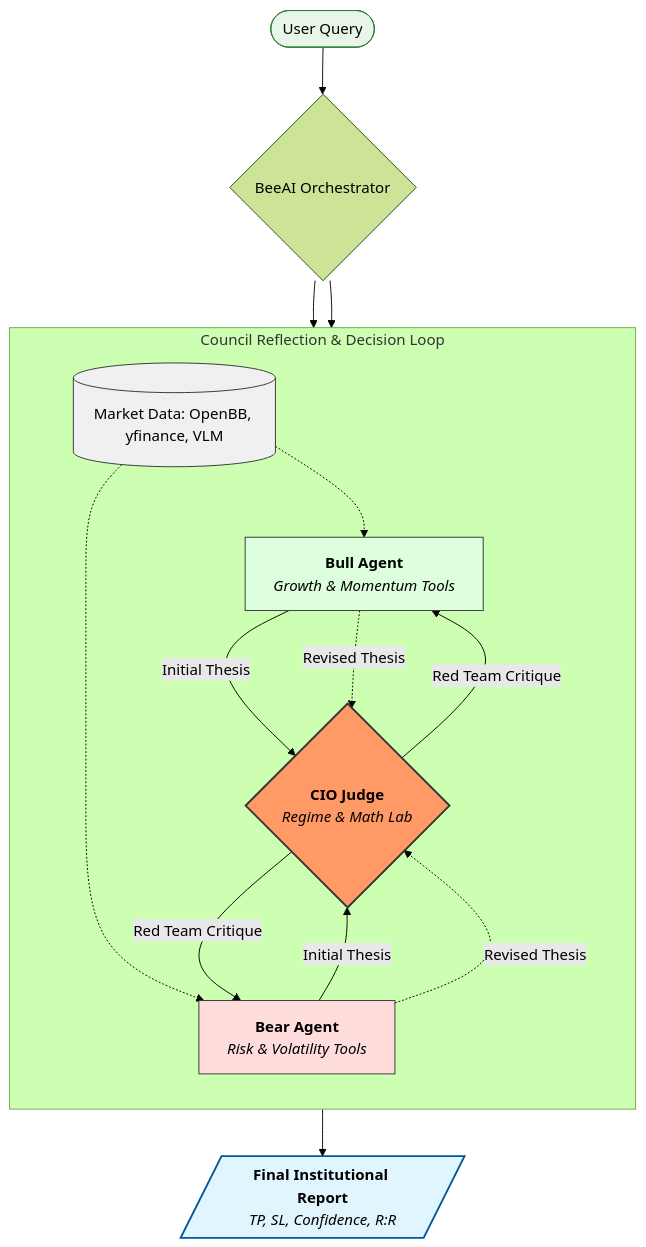
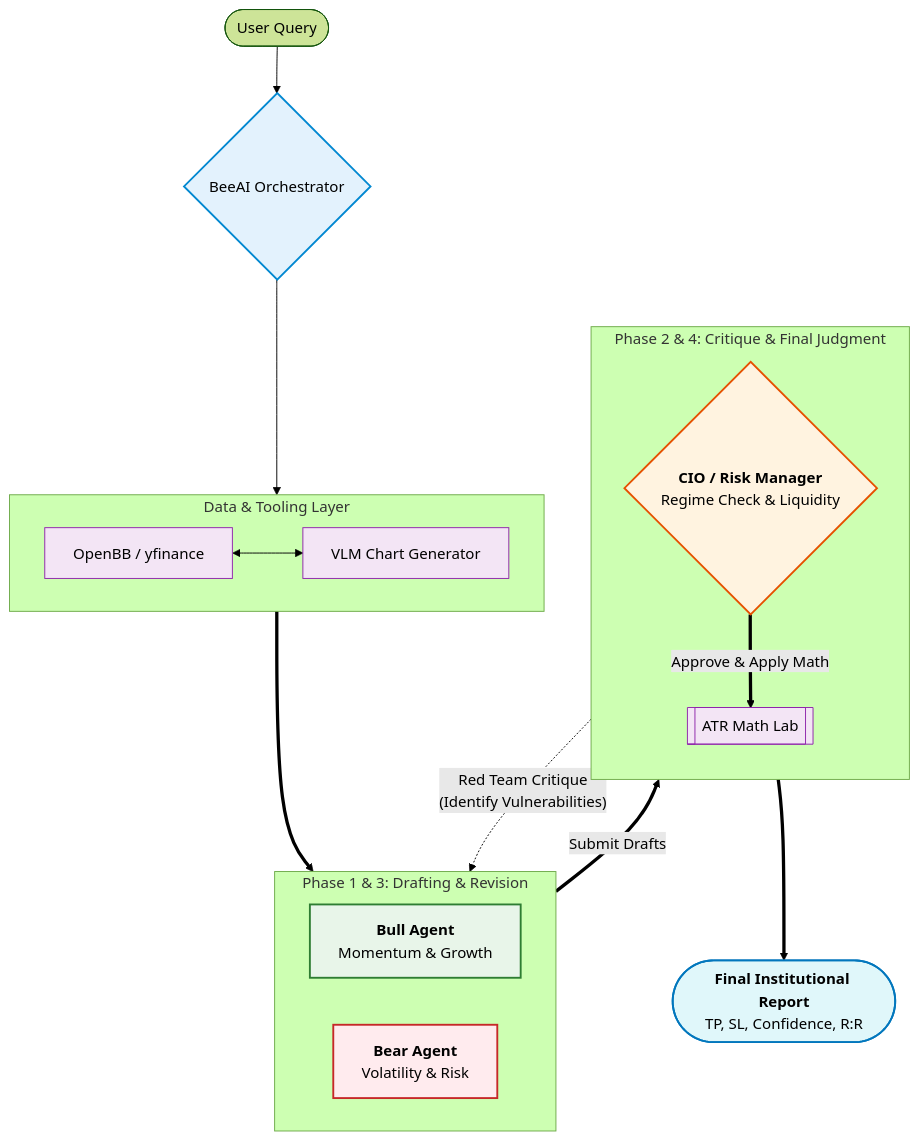
The diagram in README.md (aarya-pabha/-AI-Stock-Analysis-Chatbot), drawn with Mermaid (forest theme) before and after one commit.

Commit message:
docs: implement advanced flowchart architecture diagram for 2026 AI standards

````diff
--- a/README.md
+++ b/README.md
@@ -23,37 +23,52 @@
 ```mermaid
-graph TD
+flowchart TD
     %% Global Entry
-    User([User Query]) --> Orch{BeeAI Orchestrator}
-    
-    %% Tool Gating
-    Orch --> Tools[(Market Data: OpenBB, yfinance, VLM)]
-    
-    %% Agentic Reflection Loop
-    subgraph Loop [Council Reflection & Decision Loop]
+    User([User Query]) --> Orchestrator{BeeAI Orchestrator}
+
+    %% Shared State & Tools
+    subgraph Data_Layer [Data & Tooling Layer]
+        direction LR
+        MCP[OpenBB / yfinance] <--> VLM[VLM Chart Generator]
+    end
+
+    Orchestrator --> Data_Layer
+
+    %% Drafting Phase
+    subgraph Analysts [Phase 1 & 3: Drafting & Revision]
+        direction LR
+        Bull[<b>Bull Agent</b><br/>Momentum & Growth] 
+        Bear[<b>Bear Agent</b><br/>Volatility & Risk]
+    end
+
+    Data_Layer ==> Analysts
+
+    %% Reflection Phase
+    subgraph Judgment [Phase 2 & 4: Critique & Final Judgment]
         direction TB
-        
-        Tools -.-> Bull
-        Tools -.-> Bear
-        
-        Bull[<b>Bull Agent</b><br/><i>Growth & Momentum Tools</i>] -- "Initial Thesis" --> CIO
-        Bear[<b>Bear Agent</b><br/><i>Risk & Volatility Tools</i>] -- "Initial Thesis" --> CIO
-        
-        CIO{<b>CIO Judge</b><br/><i>Regime & Math Lab</i>} -- "Red Team Critique" --> Bull
-        CIO -- "Red Team Critique" --> Bear
-        
-        Bull -. "Revised Thesis" .-> CIO
-        Bear -. "Revised Thesis" .-> CIO
+        CIO{<b>CIO / Risk Manager</b><br/>Regime Check & Liquidity}
+        Math[[ATR Math Lab]]
     end
+
+    %% The Core Loop
+    Analysts == "Submit Drafts" ==> CIO
+    CIO -. "Red Team Critique<br/>(Identify Vulnerabilities)" .-> Analysts
     
     %% Final Output
-    Orch --> Loop
-    CIO --> Final[/<b>Final Institutional Report</b><br/><i>TP, SL, Confidence, R:R</i>/]
-    
-    %% Visual Styling
-    style CIO fill:#f96,stroke:#333,stroke-width:2px
-    style Bull fill:#dfd,stroke:#333
-    style Bear fill:#fdd,stroke:#333
-    style Tools fill:#f0f0f0,stroke:#333
-    style Final fill:#e1f5fe,stroke:#01579b,stroke-width:2px
-    style User fill:#e8f5e9,stroke:#2e7d32
+    CIO == "Approve & Apply Math" ==> Math
+    Math ==> Final([<b>Final Institutional Report</b><br/>TP, SL, Confidence, R:R])
+
+    %% Styling
+    classDef orchestrator fill:#e3f2fd,stroke:#0288d1,stroke-width:2px;
+    classDef bull fill:#e8f5e9,stroke:#2e7d32,stroke-width:2px;
+    classDef bear fill:#ffebee,stroke:#c62828,stroke-width:2px;
+    classDef judge fill:#fff3e0,stroke:#e65100,stroke-width:2px;
+    classDef tools fill:#f3e5f5,stroke:#8e24aa,stroke-width:1px;
+    classDef final fill:#e0f7fa,stroke:#0277bd,stroke-width:2px;
+
+    class Orchestrator orchestrator;
+    class Bull bull;
+    class Bear bear;
+    class CIO judge;
+    class MCP,VLM,Math tools;
+    class Final final;
 ```
````
